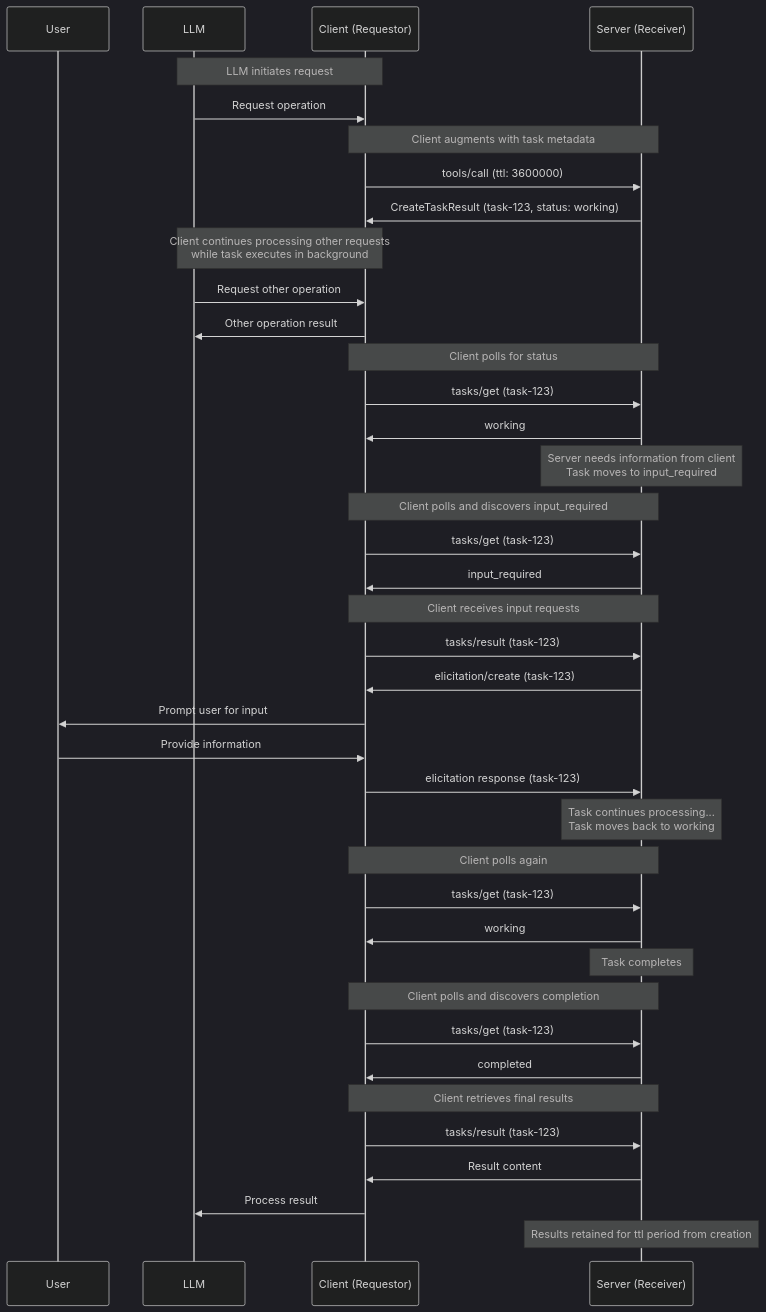
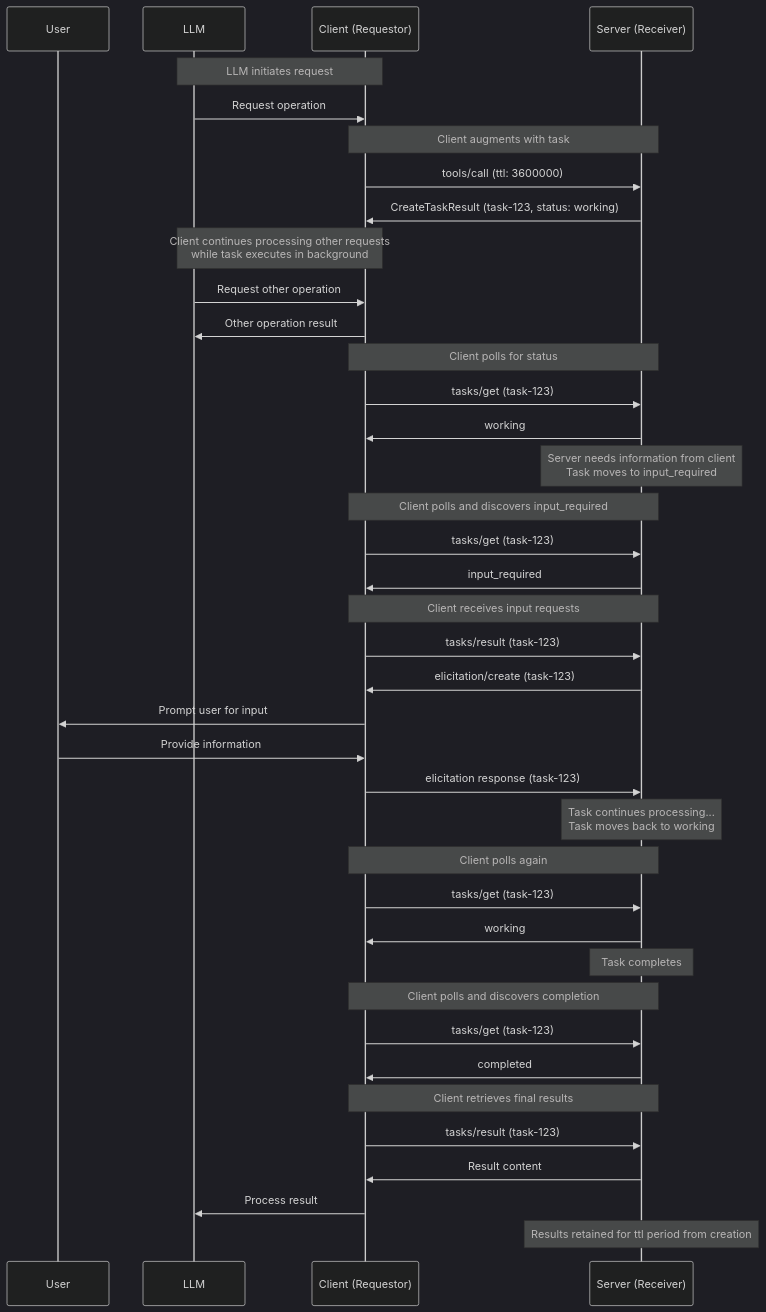
One commit to scottslewis/modelcontextprotocol changed the third of 5 diagrams in docs/specification/draft/basic/utilities/tasks.mdx. Above: the diagram before and after it, drawn with Mermaid (dark theme). The commit also changed other lines of this file, not shown here.

Commit message:
Relax task augmentation with capabilities to "SHOULD", fix "task metadata" language

````diff
--- a/docs/specification/draft/basic/utilities/tasks.mdx
+++ b/docs/specification/draft/basic/utilities/tasks.mdx
@@ -504,54 +504,54 @@
 ```mermaid
 sequenceDiagram
     participant U as User
     participant LLM
     participant C as Client (Requestor)
     participant S as Server (Receiver)
 
     Note over LLM,C: LLM initiates request
     LLM->>C: Request operation
 
-    Note over C,S: Client augments with task metadata
+    Note over C,S: Client augments with task
     C->>S: tools/call (ttl: 3600000)
     S->>C: CreateTaskResult (task-123, status: working)
 
     Note over LLM,C: Client continues processing other requests<br/>while task executes in background
     LLM->>C: Request other operation
     C->>LLM: Other operation result
 
     Note over C,S: Client polls for status
     C->>S: tasks/get (task-123)
     S->>C: working
 
     Note over S: Server needs information from client<br/>Task moves to input_required
 
     Note over C,S: Client polls and discovers input_required
     C->>S: tasks/get (task-123)
     S->>C: input_required
 
     Note over C,S: Client receives input requests
     C->>S: tasks/result (task-123)
     S->>C: elicitation/create (task-123)
     C->>U: Prompt user for input
     U->>C: Provide information
     C->>S: elicitation response (task-123)
 
     Note over S: Task continues processing...<br/>Task moves back to working
 
     Note over C,S: Client polls again
     C->>S: tasks/get (task-123)
     S->>C: working
 
     Note over S: Task completes
 
     Note over C,S: Client polls and discovers completion
     C->>S: tasks/get (task-123)
     S->>C: completed
 
     Note over C,S: Client retrieves final results
     C->>S: tasks/result (task-123)
     S->>C: Result content
     C->>LLM: Process result
 
     Note over S: Results retained for ttl period from creation
 ```
````
